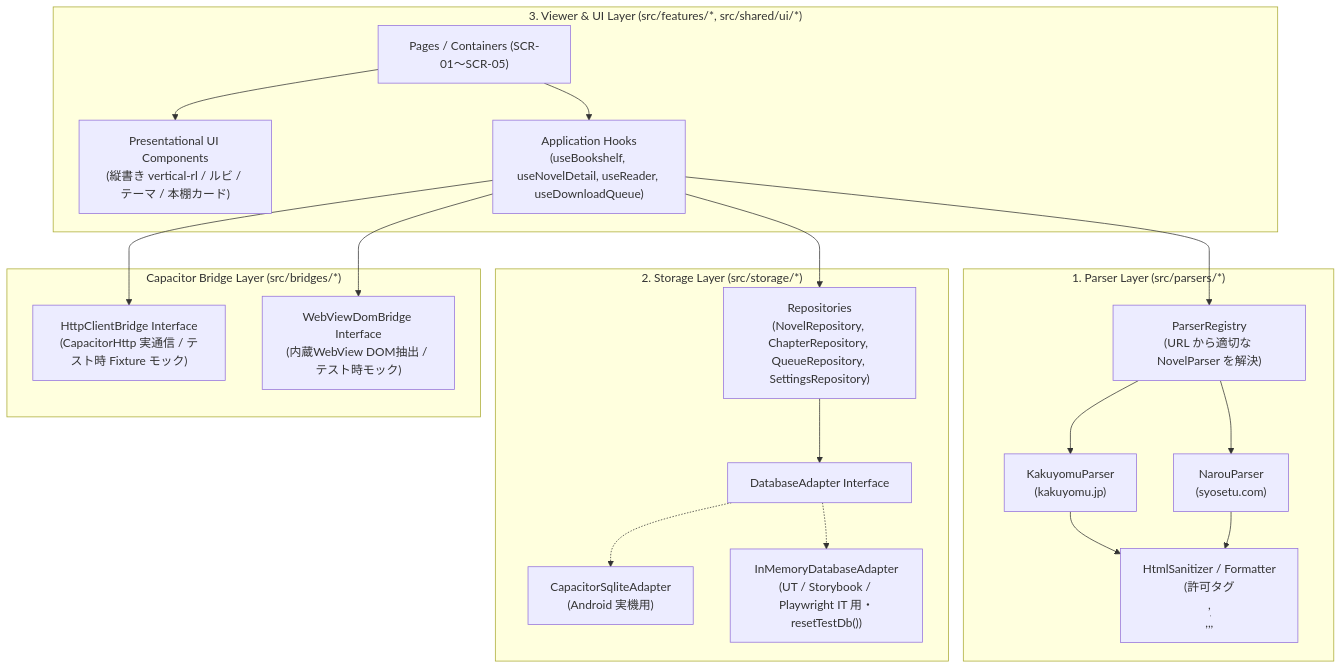
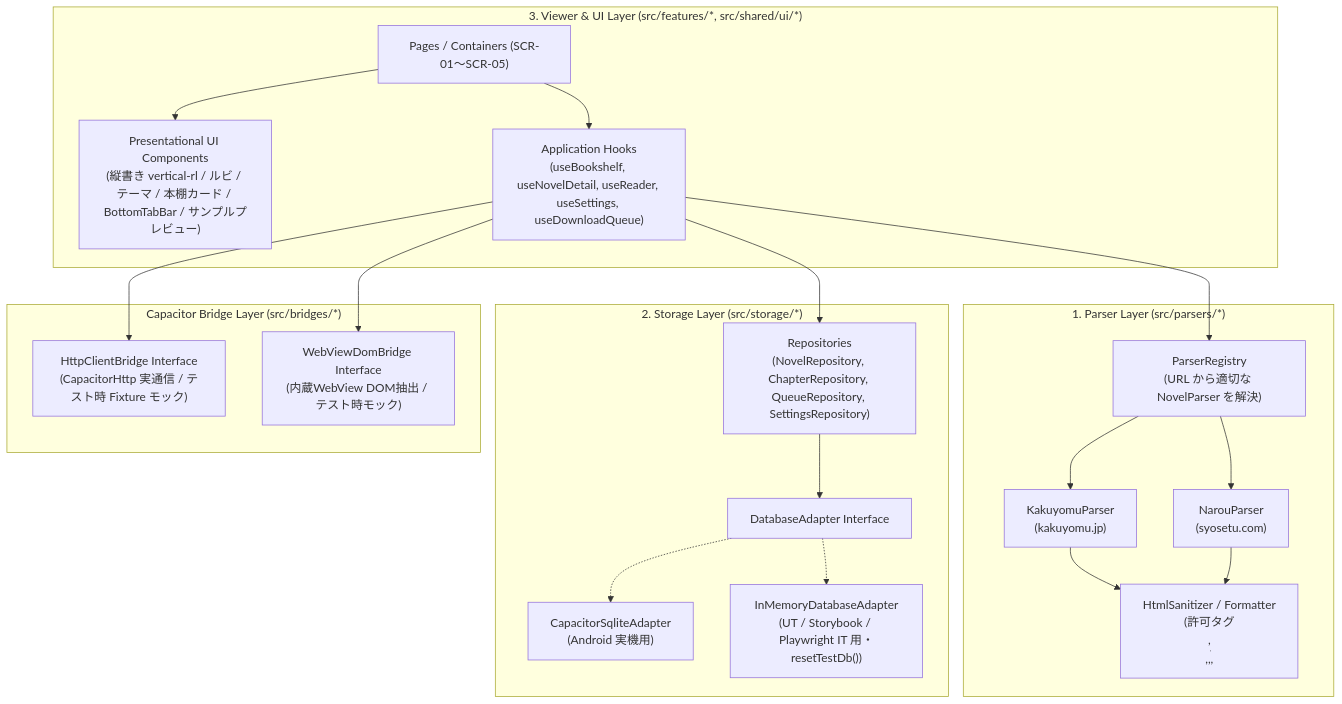
The diagram in docs/specs/architecture.md (high-soar/Yommy), drawn with Mermaid before and after one commit. The commit also changed other lines of this file and 9 other files, not shown here.

````diff
--- a/docs/specs/architecture.md
+++ b/docs/specs/architecture.md
@@ -35,41 +45,41 @@
 ```mermaid
 flowchart TB
     subgraph UILayer ["3. Viewer & UI Layer (src/features/*, src/shared/ui/*)"]
         Pages["Pages / Containers (SCR-01〜SCR-05)"]
-        Components["Presentational UI Components<br>(縦書き vertical-rl / ルビ / テーマ / 本棚カード)"]
-        Hooks["Application Hooks<br>(useBookshelf, useNovelDetail, useReader, useDownloadQueue)"]
+        Components["Presentational UI Components<br>(縦書き vertical-rl / ルビ / テーマ / 本棚カード / BottomTabBar / サンプルプレビュー)"]
+        Hooks["Application Hooks<br>(useBookshelf, useNovelDetail, useReader, useSettings, useDownloadQueue)"]
         Pages --> Components
         Pages --> Hooks
     end
 
     subgraph ParserLayer ["1. Parser Layer (src/parsers/*)"]
         Registry["ParserRegistry<br>(URL から適切な NovelParser を解決)"]
         Kakuyomu["KakuyomuParser<br>(kakuyomu.jp)"]
         Narou["NarouParser<br>(syosetu.com)"]
         Sanitizer["HtmlSanitizer / Formatter<br>(許可タグ <p>,<br>,<ruby>,<rb>,<rt>,<rp>,<em> のみ保持)"]
         Registry --> Kakuyomu
         Registry --> Narou
         Kakuyomu --> Sanitizer
         Narou --> Sanitizer
     end
 
     subgraph StorageLayer ["2. Storage Layer (src/storage/*)"]
         Repos["Repositories<br>(NovelRepository, ChapterRepository, QueueRepository, SettingsRepository)"]
         DbAdapter["DatabaseAdapter Interface"]
         SqliteImpl["CapacitorSqliteAdapter<br>(Android 実機用)"]
         MemImpl["InMemoryDatabaseAdapter<br>(UT / Storybook / Playwright IT 用・resetTestDb())"]
         Repos --> DbAdapter
         DbAdapter -.-> SqliteImpl
         DbAdapter -.-> MemImpl
     end
 
     subgraph BridgeLayer ["Capacitor Bridge Layer (src/bridges/*)"]
         HttpBridge["HttpClientBridge Interface<br>(CapacitorHttp 実通信 / テスト時 Fixture モック)"]
         WebViewBridge["WebViewDomBridge Interface<br>(内蔵WebView DOM抽出 / テスト時モック)"]
     end
 
     Hooks --> Registry
     Hooks --> Repos
     Hooks --> HttpBridge
     Hooks --> WebViewBridge
 ```
````
